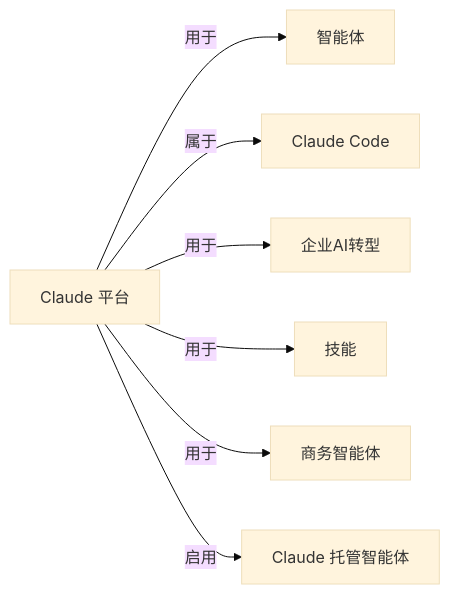
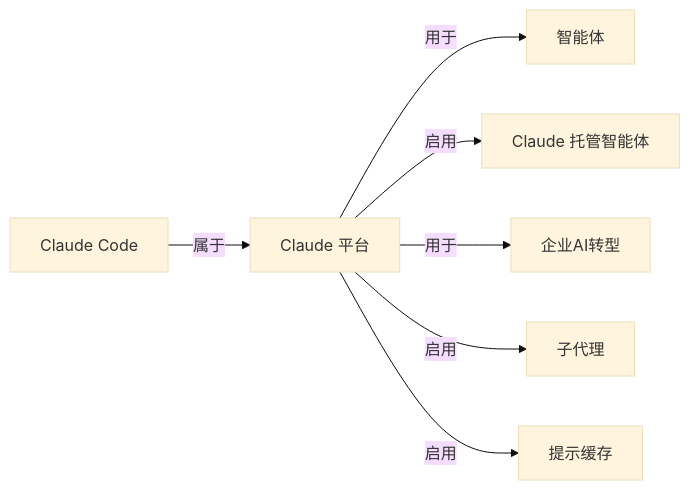
Before and after one commit to yibie/claude-best-practices-zh: the diagram in wiki/Claude-平台.md, drawn with Mermaid (base theme). The commit also changed other lines of this file and 407 other files, not shown here.

Commit message:
feat: DeepSeek 三遍审校（译文/关系/图谱）+ 可部署静态站点

````diff
--- a/wiki/Claude-平台.md
+++ b/wiki/Claude-平台.md
@@ -47,10 +50,10 @@
 ```mermaid
 graph LR
   C["Claude 平台"]
   C -->|用于| N0["智能体"]
-  C -->|属于| N1["Claude Code"]
-  C -->|用于| N2["企业AI转型"]
-  C -->|用于| N3["技能"]
-  C -->|用于| N4["商务智能体"]
-  C -->|启用| N5["Claude 托管智能体"]
+  N1["Claude Code"] -->|属于| C
+  C -->|启用| N2["Claude 托管智能体"]
+  C -->|用于| N3["企业AI转型"]
+  C -->|启用| N4["子代理"]
+  C -->|启用| N5["提示缓存"]
 ```
````
